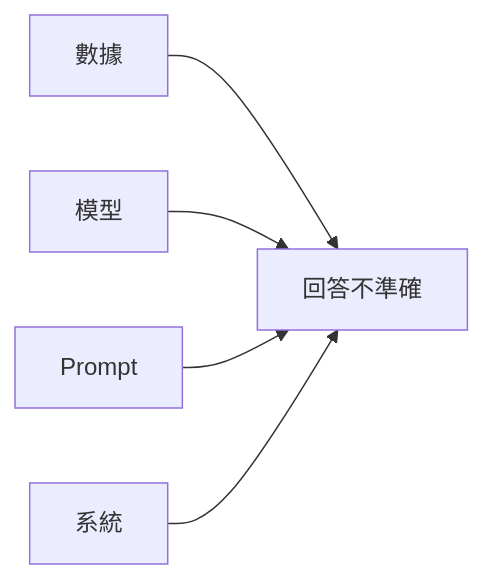
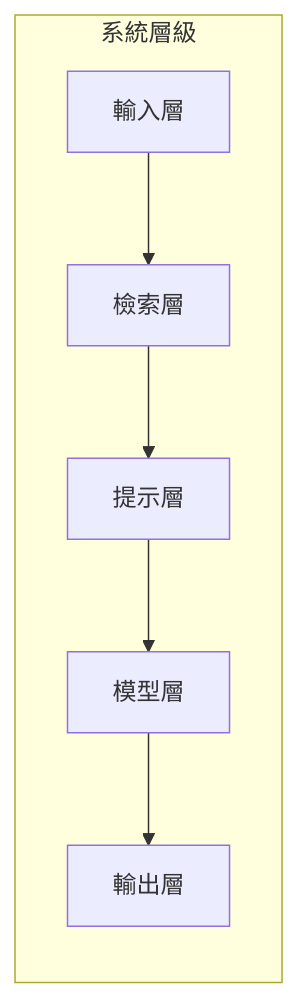
Before and after one commit to CaoCharles/llm-evaluation-notes: the second of 3 diagrams in docs/collaboration/feedback-loop/rca.md, drawn with Mermaid. The commit also changed other lines of this file and 5 other files, not shown here.

````diff
--- a/docs/collaboration/feedback-loop/rca.md
+++ b/docs/collaboration/feedback-loop/rca.md
@@ -83,9 +46,12 @@
 ```mermaid
 graph LR
-    Problem["回答不準確"]
+    subgraph layers["系統層級"]
+        L1["輸入層"]
+        L2["檢索層"]
+        L3["提示層"]
+        L4["模型層"]
+        L5["輸出層"]
+    end
     
-    Data["數據"] --> Problem
-    Model["模型"] --> Problem
-    Prompt["Prompt"] --> Problem
-    System["系統"] --> Problem
+    L1 --> L2 --> L3 --> L4 --> L5
 ```
````
